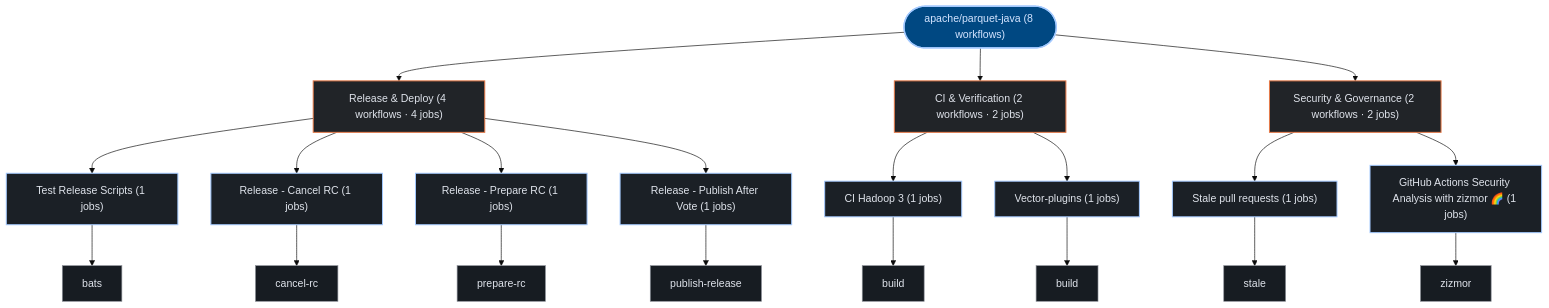
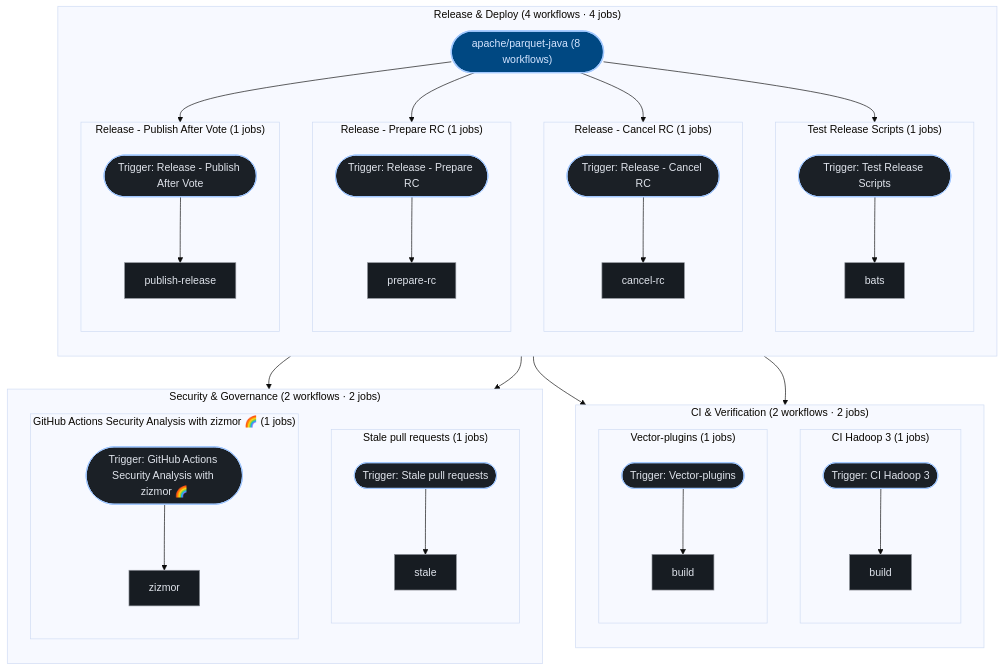
The third of 3 diagrams in exports/latest/reports/apache-parquet-java-report.md (kumarshaz/atruss-code-atlas), drawn with Mermaid (base theme) before and after one commit. The commit also changed 181 other files, not shown here.

````diff
--- a/exports/latest/reports/apache-parquet-java-report.md
+++ b/exports/latest/reports/apache-parquet-java-report.md
@@ -202,49 +202,76 @@
 ```mermaid
 graph TD;
   classDef atlasRoot fill:#004882,stroke:#a3c9ff,stroke-width:2px,color:#d3e4ff
   classDef atlasCategory fill:#212428,stroke:#E87A48,stroke-width:1.5px,color:#dfe3eb
   classDef atlasWorkflow fill:#1b2026,stroke:#a3c9ff,stroke-width:1.5px,color:#dfe3eb
   classDef atlasJob fill:#171c22,stroke:#8d9199,stroke-width:1px,color:#dfe3eb
   classDef atlasTarget fill:#005227,stroke:#8bd99b,stroke-width:1.5px,color:#a7f6b6
   classDef atlasAlert fill:#93000a,stroke:#ffb4ab,stroke-width:1.5px,color:#ffdad6
   classDef atlasMore fill:#252a31,stroke:#8d9199,stroke-dasharray:4 4,color:#c3c6cf
   pipeline_root(["apache/parquet-java (8 workflows)"]):::atlasRoot
-  grp_0_Release___Deploy["Release & Deploy (4 workflows · 4 jobs)"]:::atlasCategory
-  pipeline_root --> grp_0_Release___Deploy
-  wf_1_Test_Release_Scripts["Test Release Scripts (1 jobs)"]:::atlasWorkflow
-  grp_0_Release___Deploy --> wf_1_Test_Release_Scripts
-  job_1_bats["bats"]:::atlasJob
-  wf_1_Test_Release_Scripts --> job_1_bats
-  wf_2_Release___Cancel_RC["Release - Cancel RC (1 jobs)"]:::atlasWorkflow
-  grp_0_Release___Deploy --> wf_2_Release___Cancel_RC
-  job_2_cancel_rc["cancel-rc"]:::atlasJob
-  wf_2_Release___Cancel_RC --> job_2_cancel_rc
-  wf_3_Release___Prepare_RC["Release - Prepare RC (1 jobs)"]:::atlasWorkflow
-  grp_0_Release___Deploy --> wf_3_Release___Prepare_RC
-  job_3_prepare_rc["prepare-rc"]:::atlasJob
-  wf_3_Release___Prepare_RC --> job_3_prepare_rc
-  wf_4_Release___Publish_After_Vote["Release - Publish After Vote (1 jobs)"]:::atlasWorkflow
-  grp_0_Release___Deploy --> wf_4_Release___Publish_After_Vote
-  job_4_publish_release["publish-release"]:::atlasJob
-  wf_4_Release___Publish_After_Vote --> job_4_publish_release
-  grp_1_CI___Verification["CI & Verification (2 workflows · 2 jobs)"]:::atlasCategory
-  pipeline_root --> grp_1_CI___Verification
-  wf_0_CI_Hadoop_3["CI Hadoop 3 (1 jobs)"]:::atlasWorkflow
-  grp_1_CI___Verification --> wf_0_CI_Hadoop_3
-  job_0_build["build"]:::atlasJob
-  wf_0_CI_Hadoop_3 --> job_0_build
-  wf_6_Vector_plugins["Vector-plugins (1 jobs)"]:::atlasWorkflow
-  grp_1_CI___Verification --> wf_6_Vector_plugins
-  job_6_build["build"]:::atlasJob
-  wf_6_Vector_plugins --> job_6_build
-  grp_2_Security___Governance["Security & Governance (2 workflows · 2 jobs)"]:::atlasCategory
-  pipeline_root --> grp_2_Security___Governance
-  wf_5_Stale_pull_requests["Stale pull requests (1 jobs)"]:::atlasWorkflow
-  grp_2_Security___Governance --> wf_5_Stale_pull_requests
-  job_5_stale["stale"]:::atlasJob
-  wf_5_Stale_pull_requests --> job_5_stale
-  wf_7_GitHub_Actions_Security_Analysis_with_zizmor__["GitHub Actions Security Analysis with zizmor 🌈 (1 jobs)"]:::atlasWorkflow
-  grp_2_Security___Governance --> wf_7_GitHub_Actions_Security_Analysis_with_zizmor__
-  job_7_zizmor["zizmor"]:::atlasJob
-  wf_7_GitHub_Actions_Security_Analysis_with_zizmor__ --> job_7_zizmor
+  subgraph sg_grp_0_Release___Deploy["Release & Deploy (4 workflows · 4 jobs)"]
+    direction TB
+    subgraph sg_wf_1_Test_Release_Scripts["Test Release Scripts (1 jobs)"]
+      direction TB
+      wf_1_Test_Release_Scripts(["Trigger: Test Release Scripts"]):::atlasWorkflow
+      job_1_bats["bats"]:::atlasJob
+      wf_1_Test_Release_Scripts --> job_1_bats
+    end
+    pipeline_root --> wf_1_Test_Release_Scripts
+    subgraph sg_wf_2_Release___Cancel_RC["Release - Cancel RC (1 jobs)"]
+      direction TB
+      wf_2_Release___Cancel_RC(["Trigger: Release - Cancel RC"]):::atlasWorkflow
+      job_2_cancel_rc["cancel-rc"]:::atlasJob
+      wf_2_Release___Cancel_RC --> job_2_cancel_rc
+    end
+    pipeline_root --> wf_2_Release___Cancel_RC
+    subgraph sg_wf_3_Release___Prepare_RC["Release - Prepare RC (1 jobs)"]
+      direction TB
+      wf_3_Release___Prepare_RC(["Trigger: Release - Prepare RC"]):::atlasWorkflow
+      job_3_prepare_rc["prepare-rc"]:::atlasJob
+      wf_3_Release___Prepare_RC --> job_3_prepare_rc
+    end
+    pipeline_root --> wf_3_Release___Prepare_RC
+    subgraph sg_wf_4_Release___Publish_After_Vote["Release - Publish After Vote (1 jobs)"]
+      direction TB
+      wf_4_Release___Publish_After_Vote(["Trigger: Release - Publish After Vote"]):::atlasWorkflow
+      job_4_publish_release["publish-release"]:::atlasJob
+      wf_4_Release___Publish_After_Vote --> job_4_publish_release
+    end
+    pipeline_root --> wf_4_Release___Publish_After_Vote
+  end
+  subgraph sg_grp_1_CI___Verification["CI & Verification (2 workflows · 2 jobs)"]
+    direction TB
+    subgraph sg_wf_0_CI_Hadoop_3["CI Hadoop 3 (1 jobs)"]
+      direction TB
+      wf_0_CI_Hadoop_3(["Trigger: CI Hadoop 3"]):::atlasWorkflow
+      job_0_build["build"]:::atlasJob
+      wf_0_CI_Hadoop_3 --> job_0_build
+    end
+    pipeline_root --> wf_0_CI_Hadoop_3
+    subgraph sg_wf_6_Vector_plugins["Vector-plugins (1 jobs)"]
+      direction TB
+      wf_6_Vector_plugins(["Trigger: Vector-plugins"]):::atlasWorkflow
+      job_6_build["build"]:::atlasJob
+      wf_6_Vector_plugins --> job_6_build
+    end
+    pipeline_root --> wf_6_Vector_plugins
+  end
+  subgraph sg_grp_2_Security___Governance["Security & Governance (2 workflows · 2 jobs)"]
+    direction TB
+    subgraph sg_wf_5_Stale_pull_requests["Stale pull requests (1 jobs)"]
+      direction TB
+      wf_5_Stale_pull_requests(["Trigger: Stale pull requests"]):::atlasWorkflow
+      job_5_stale["stale"]:::atlasJob
+      wf_5_Stale_pull_requests --> job_5_stale
+    end
+    pipeline_root --> wf_5_Stale_pull_requests
+    subgraph sg_wf_7_GitHub_Actions_Security_Analysis_with_zizmor__["GitHub Actions Security Analysis with zizmor 🌈 (1 jobs)"]
+      direction TB
+      wf_7_GitHub_Actions_Security_Analysis_with_zizmor__(["Trigger: GitHub Actions Security Analysis with zizmor 🌈"]):::atlasWorkflow
+      job_7_zizmor["zizmor"]:::atlasJob
+      wf_7_GitHub_Actions_Security_Analysis_with_zizmor__ --> job_7_zizmor
+    end
+    pipeline_root --> wf_7_GitHub_Actions_Security_Analysis_with_zizmor__
+  end
 ```
````
